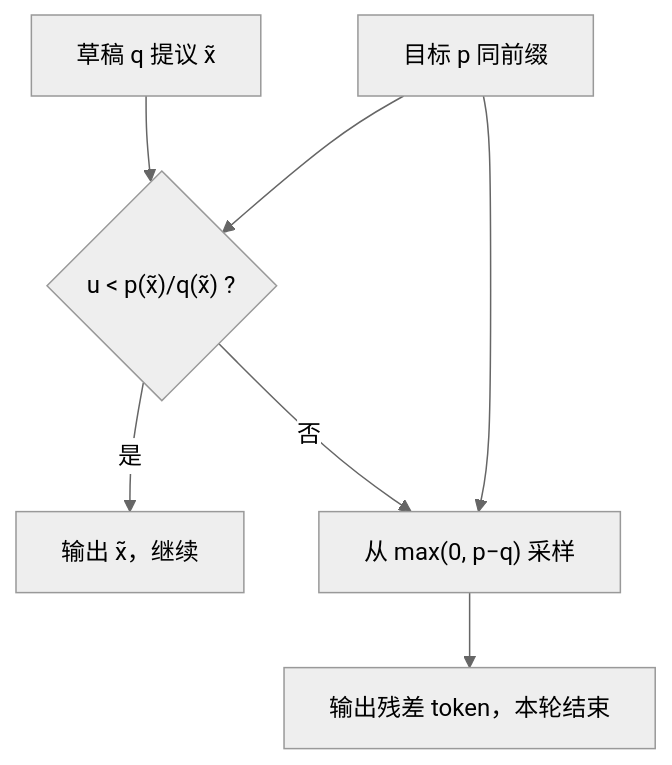
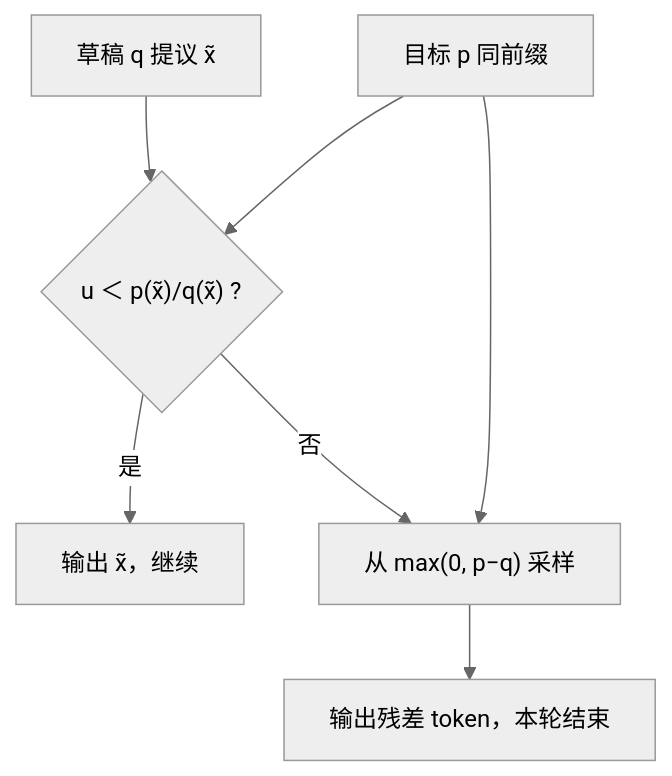
Before and after one commit to xhongduo-tech/xhongduo-tech.github.io: the diagram in docs/llm/speculative-sampling.md, drawn with Mermaid (neutral theme). The commit also changed other lines of this file and 772 other files, not shown here.

````diff
--- a/docs/llm/speculative-sampling.md
+++ b/docs/llm/speculative-sampling.md
@@ -46,9 +46,9 @@
 ```mermaid
 flowchart TD
-  Q["草稿 q 提议 x̃"] --> A{"u < p(x̃)/q(x̃) ?"}
+  Q["草稿 q 提议 x̃"] --> A{"u ＜ p(x̃)/q(x̃) ?"}
   A -->|是| OUT["输出 x̃，继续"]
   A -->|否| R["从 max(0, p−q) 采样"]
   R --> OUT2["输出残差 token，本轮结束"]
   P["目标 p 同前缀"] --> A
   P --> R
 ```
````
